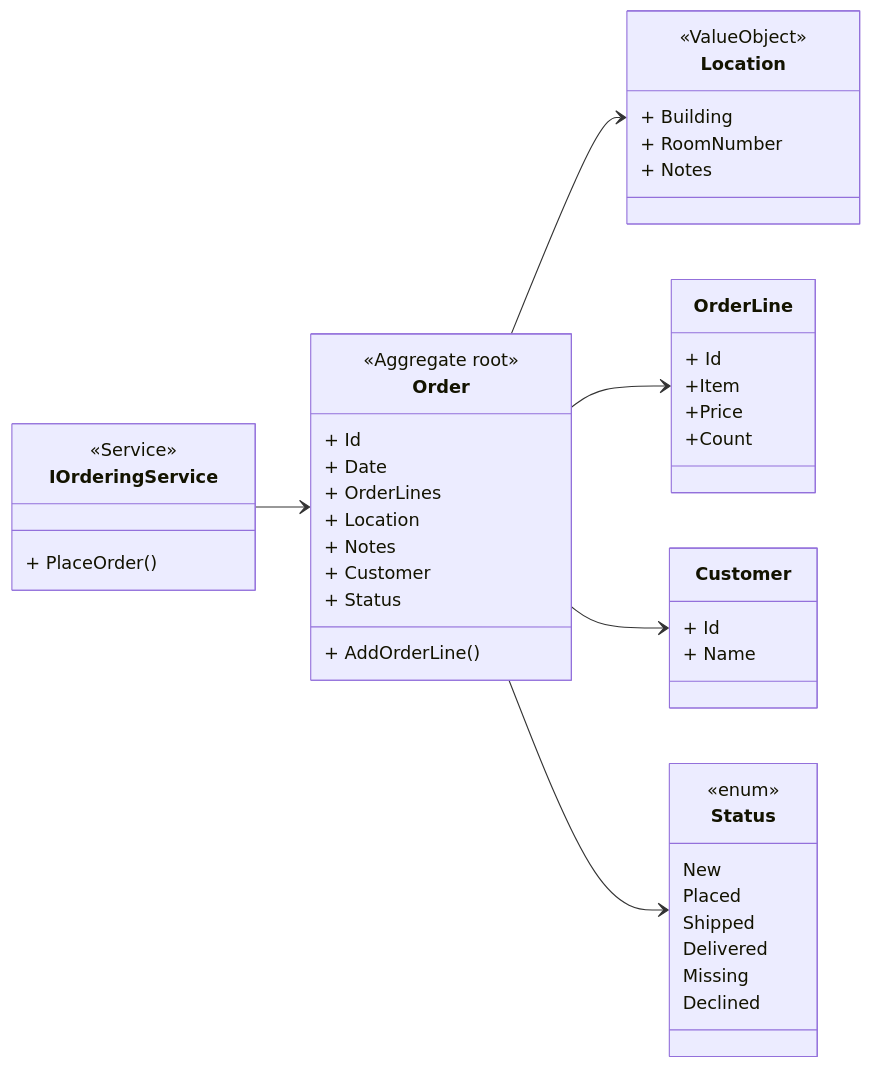
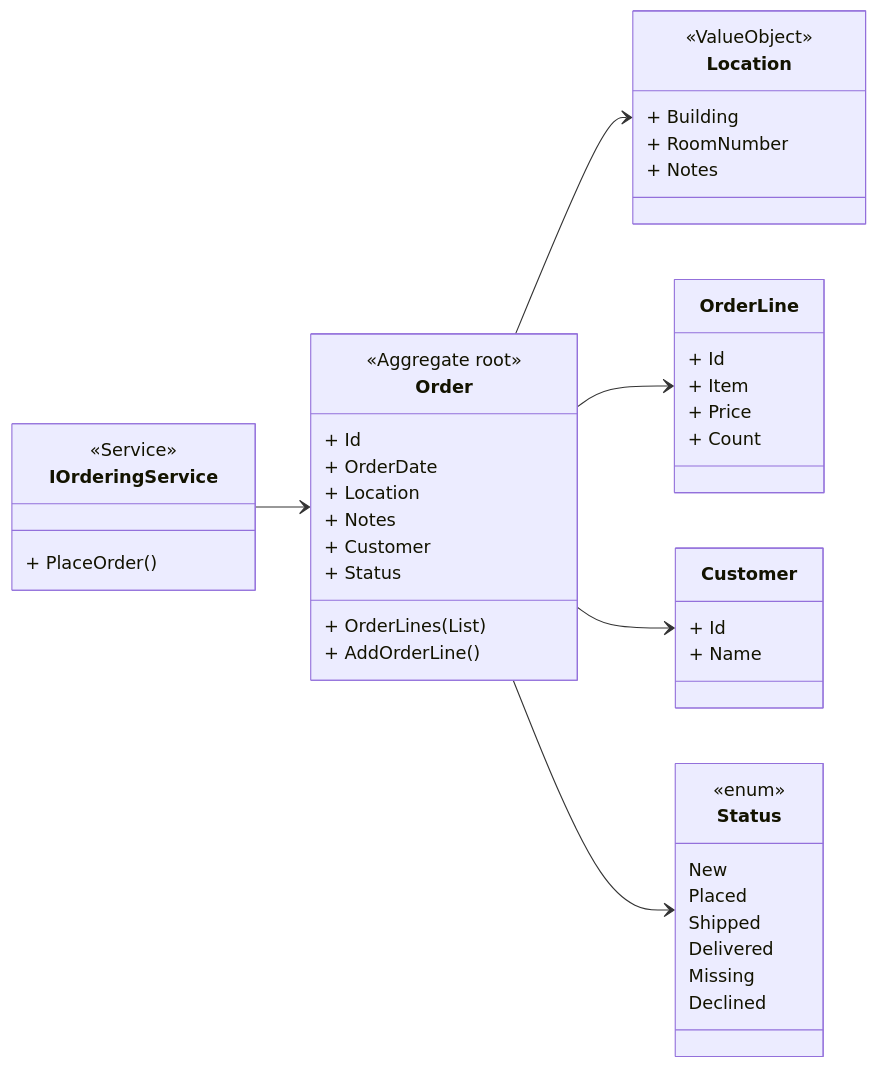
Before and after one commit to fatimamatieva/DAT240_ASSIGNMENTS: the diagram in Lab3/docs/4.mmd, drawn with Mermaid. The commit also changed 15 other files, not shown here.

```diff
--- a/Lab3/docs/4.mmd
+++ b/Lab3/docs/4.mmd
@@ -1,49 +1,49 @@
 
 classDiagram
     direction LR
     class IOrderingService {
         <<Service>>
         + PlaceOrder()
     }
     class Order {
         <<Aggregate root>>
         + Id
-        + Date
-        + OrderLines
+        + OrderDate
+        + OrderLines (List)
         + Location
         + Notes
         + Customer
         + Status
         + AddOrderLine()
     }
 
     class OrderLine{
         + Id
-        +Item
-        +Price
-        +Count
+        + Item
+        + Price
+        + Count
     }
     class Location {
         <<ValueObject>>
         + Building
         + RoomNumber
         + Notes
     }
     class Customer {
         + Id
         + Name
     }
     class Status {
         <<enum>>
         New
         Placed
         Shipped
         Delivered
         Missing
         Declined
     }
     IOrderingService --> Order
     Order --> Location
     Order --> OrderLine
     Order --> Customer
     Order --> Status
```
